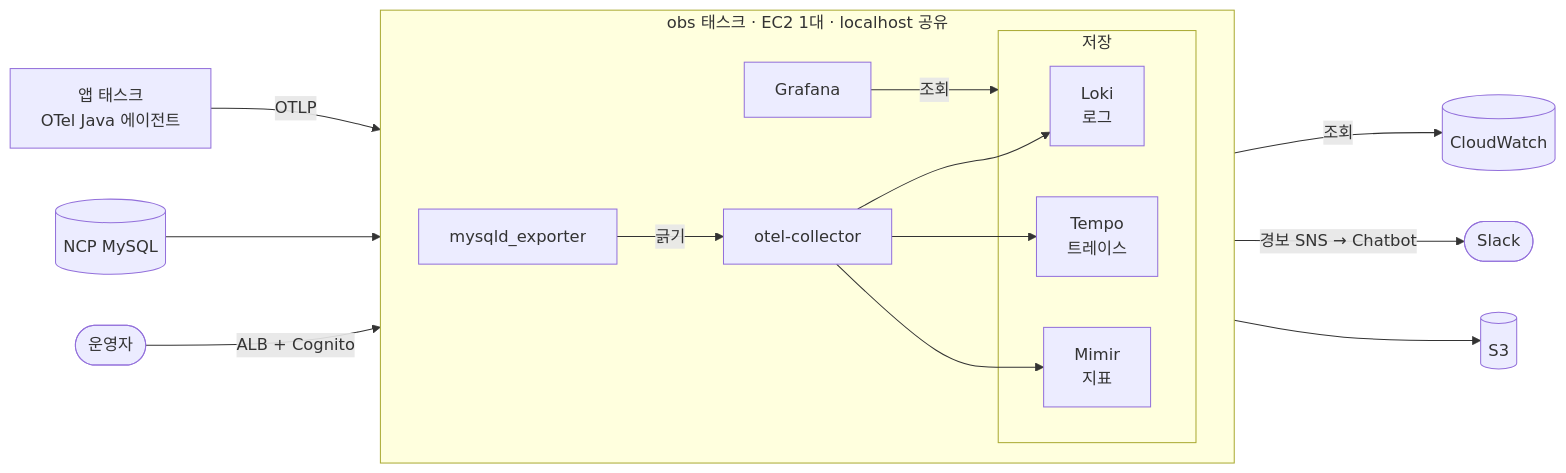
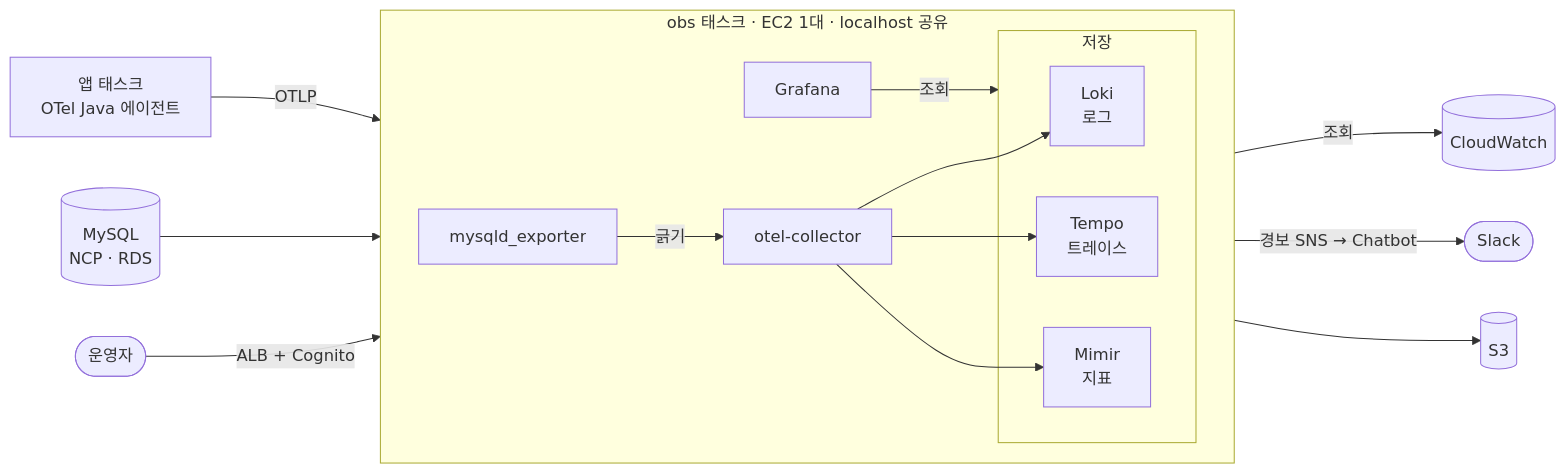
One commit to Grandis-2/nova-infra changed the first of 3 diagrams in terraform/aws/monitoring/lgtm/nova_apnortheast2/config/README.md. Above: the diagram before and after it, drawn with Mermaid. The commit also changed other lines of this file and 8 other files, not shown here.

````diff
--- a/terraform/aws/monitoring/lgtm/nova_apnortheast2/config/README.md
+++ b/terraform/aws/monitoring/lgtm/nova_apnortheast2/config/README.md
@@ -18,32 +18,32 @@
 ```mermaid
 flowchart LR
   app["앱 태스크<br/>OTel Java 에이전트"]
-  ncp[("NCP MySQL")]
+  ncp[("MySQL<br/>NCP · RDS")]
   user(["운영자"])
 
   subgraph obs["obs 태스크 · EC2 1대 · localhost 공유"]
     direction LR
     exp["mysqld_exporter"]
     col["otel-collector"]
     subgraph store["저장"]
       loki["Loki<br/>로그"]
       tempo["Tempo<br/>트레이스"]
       mimir["Mimir<br/>지표"]
     end
     graf["Grafana"]
   end
 
   s3[("S3")]
   cw[("CloudWatch")]
   slack(["Slack"])
 
   app -- "OTLP" --> col
   exp -- "긁기" --> col
   ncp --> exp
   col --> loki & tempo & mimir
   store --> s3
   graf -- "조회" --> store
   graf -- "조회" --> cw
   graf -- "경보 SNS → Chatbot" --> slack
   user -- "ALB + Cognito" --> graf
 ```
````
